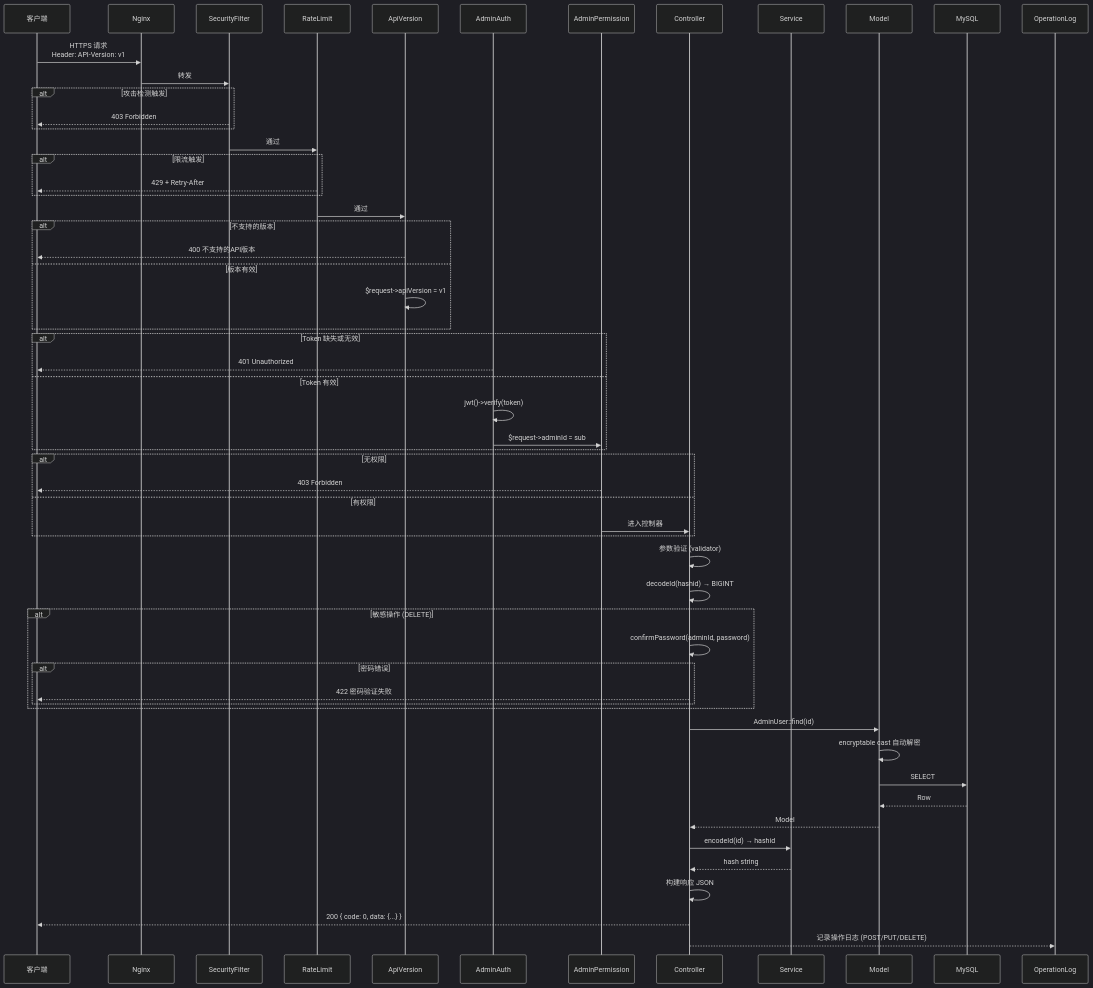
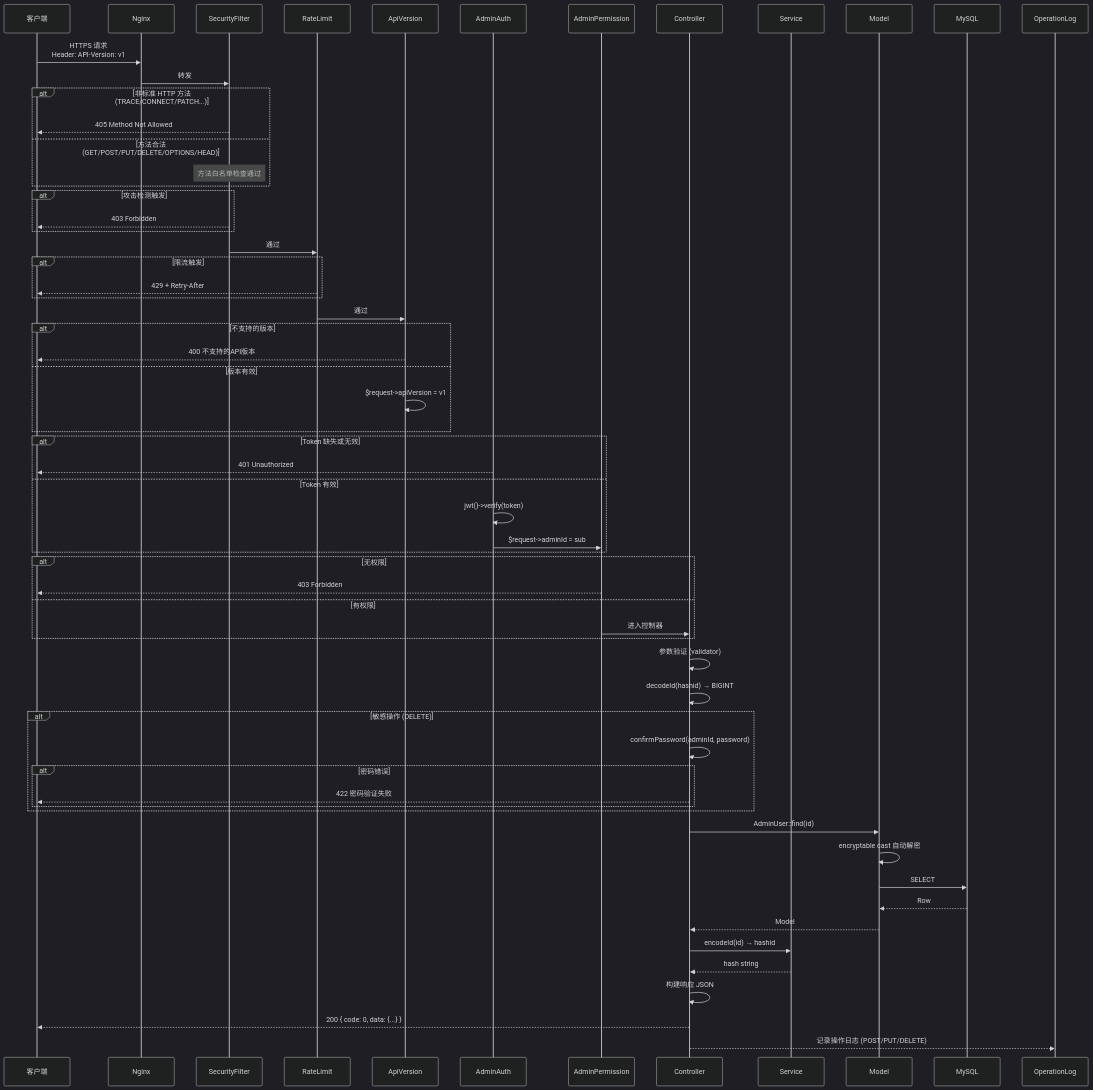
One commit to erikwang2013/open-admin changed the third of 14 diagrams in docs/ARCHITECTURE.md. Above: the diagram before and after it, drawn with Mermaid (dark theme). The commit also changed 7 other files, not shown here.

Commit message:
docs: 全面更新文档 — 405错误码/安全增强说明/中间件链/请求生命周期/威胁模型/架构图

````diff
--- a/docs/ARCHITECTURE.md
+++ b/docs/ARCHITECTURE.md
@@ -145,72 +145,78 @@
 ```mermaid
 sequenceDiagram
     participant C as 客户端
     participant N as Nginx
     participant MW_SF as SecurityFilter
     participant MW_RL as RateLimit
     participant MW0 as ApiVersion
     participant MW1 as AdminAuth
     participant MW2 as AdminPermission
     participant CTL as Controller
     participant SVC as Service
     participant MDL as Model
     participant DB as MySQL
     participant OPLOG as OperationLog
 
     C->>N: HTTPS 请求<br/>Header: API-Version: v1
     N->>MW_SF: 转发
+
+    alt 非标准 HTTP 方法 (TRACE/CONNECT/PATCH...)
+        MW_SF-->>C: 405 Method Not Allowed
+    else 方法合法 (GET/POST/PUT/DELETE/OPTIONS/HEAD)
+        Note over MW_SF: 方法白名单检查通过
+    end
 
     alt 攻击检测触发
         MW_SF-->>C: 403 Forbidden
     end
 
     MW_SF->>MW_RL: 通过
 
     alt 限流触发
         MW_RL-->>C: 429 + Retry-After
     end
 
     MW_RL->>MW0: 通过
 
     alt 不支持的版本
         MW0-->>C: 400 不支持的API版本
     else 版本有效
         MW0->>MW0: $request->apiVersion = v1
     end
 
     alt Token 缺失或无效
         MW1-->>C: 401 Unauthorized
     else Token 有效
         MW1->>MW1: jwt()->verify(token)
         MW1->>MW2: $request->adminId = sub
     end
 
     alt 无权限
         MW2-->>C: 403 Forbidden
     else 有权限
         MW2->>CTL: 进入控制器
     end
 
     CTL->>CTL: 参数验证 (validator)
     CTL->>CTL: decodeId(hashid) → BIGINT
 
     alt 敏感操作 (DELETE)
         CTL->>CTL: confirmPassword(adminId, password)
         alt 密码错误
             CTL-->>C: 422 密码验证失败
         end
     end
 
     CTL->>MDL: AdminUser::find(id)
     MDL->>MDL: encryptable cast 自动解密
     MDL->>DB: SELECT
     DB-->>MDL: Row
     MDL-->>CTL: Model
 
     CTL->>SVC: encodeId(id) → hashid
     SVC-->>CTL: hash string
 
     CTL->>CTL: 构建响应 JSON
     CTL-->>C: 200 { code: 0, data: {...} }
     CTL-->>OPLOG: 记录操作日志 (POST/PUT/DELETE)
 ```
````
